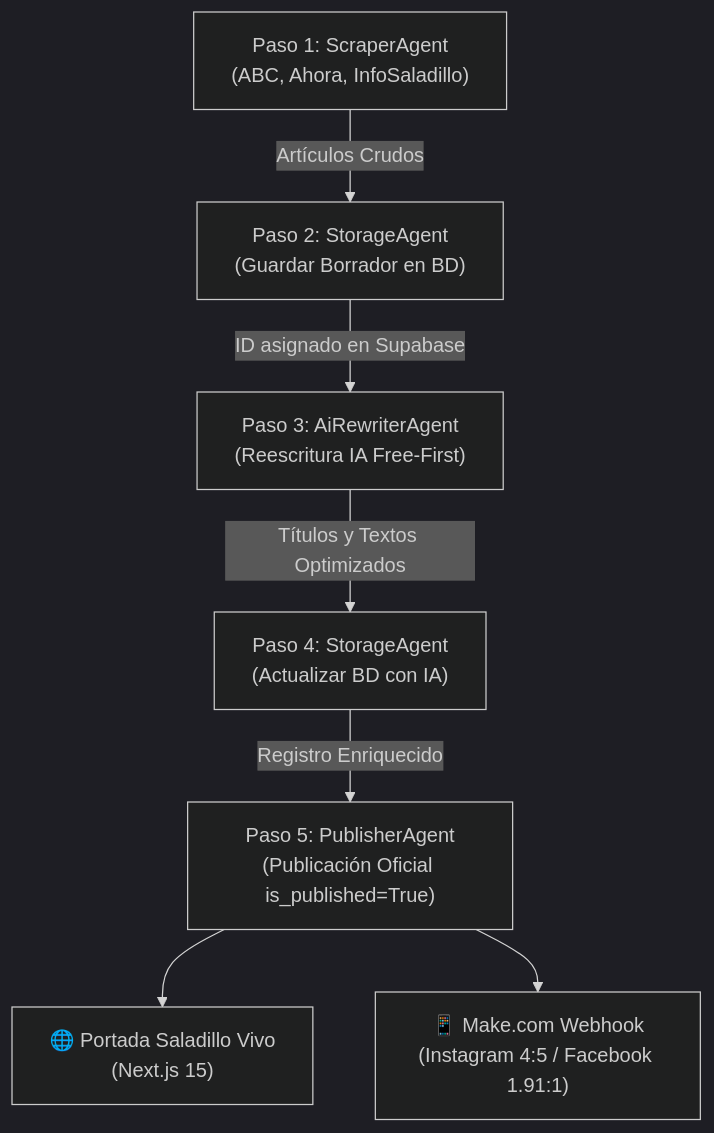
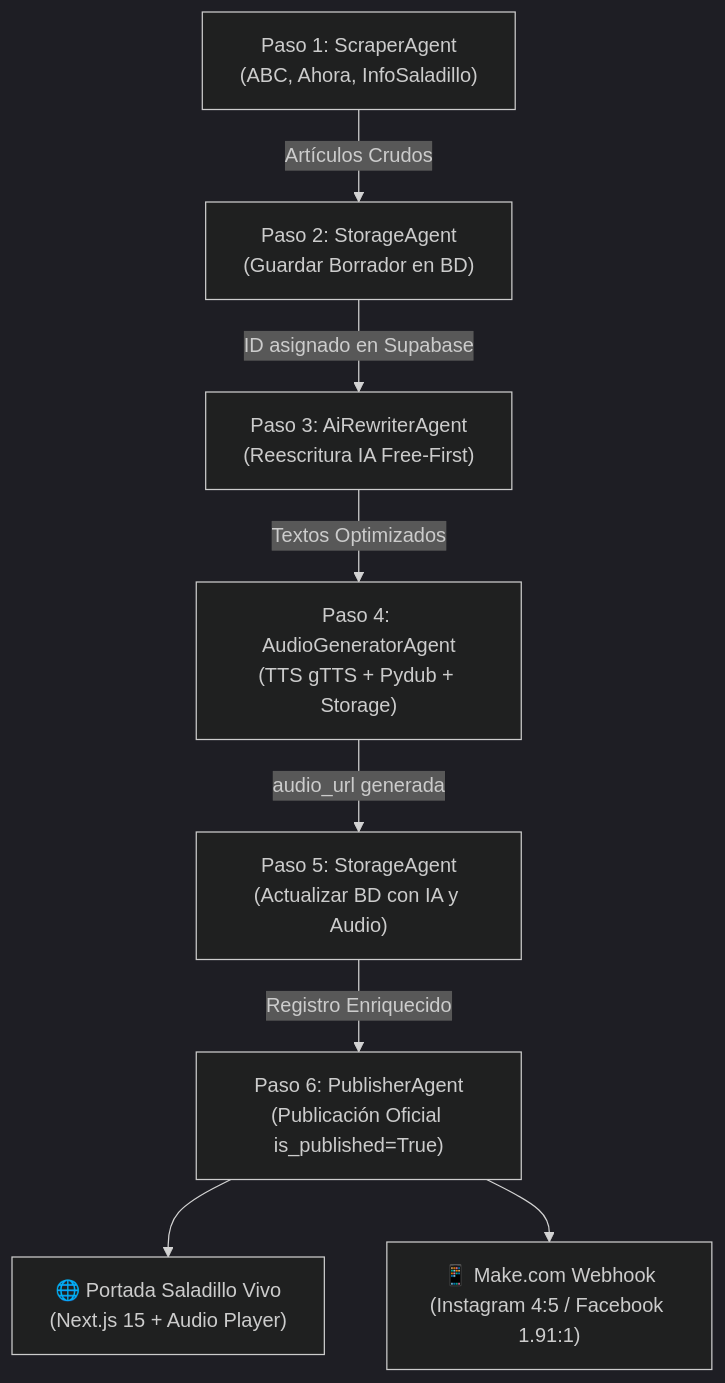
One commit to matute50/autosaladillovivo changed the diagram in scraping.md. Above: the diagram before and after it, drawn with Mermaid (dark theme). The commit also changed other lines of this file and 12 other files, not shown here.

Commit message:
feat: implement AudioGeneratorAgent, Supabase Storage integration, 6-step pipeline and NoticiaClient audio player

````diff
--- a/scraping.md
+++ b/scraping.md
@@ -174,9 +174,10 @@
 ```mermaid
 flowchart TD
     A["Paso 1: ScraperAgent<br/>(ABC, Ahora, InfoSaladillo)"] -->|Artículos Crudos| B["Paso 2: StorageAgent<br/>(Guardar Borrador en BD)"]
     B -->|ID asignado en Supabase| C["Paso 3: AiRewriterAgent<br/>(Reescritura IA Free-First)"]
-    C -->|Títulos y Textos Optimizados| D["Paso 4: StorageAgent<br/>(Actualizar BD con IA)"]
-    D -->|Registro Enriquecido| E["Paso 5: PublisherAgent<br/>(Publicación Oficial is_published=True)"]
-    E --> F["🌐 Portada Saladillo Vivo<br/>(Next.js 15)"]
-    E --> G["📱 Make.com Webhook<br/>(Instagram 4:5 / Facebook 1.91:1)"]
+    C -->|Textos Optimizados| D["Paso 4: AudioGeneratorAgent<br/>(TTS gTTS + Pydub + Storage)"]
+    D -->|audio_url generada| E["Paso 5: StorageAgent<br/>(Actualizar BD con IA y Audio)"]
+    E -->|Registro Enriquecido| F["Paso 6: PublisherAgent<br/>(Publicación Oficial is_published=True)"]
+    F --> G["🌐 Portada Saladillo Vivo<br/>(Next.js 15 + Audio Player)"]
+    F --> H["📱 Make.com Webhook<br/>(Instagram 4:5 / Facebook 1.91:1)"]
 ```
````
